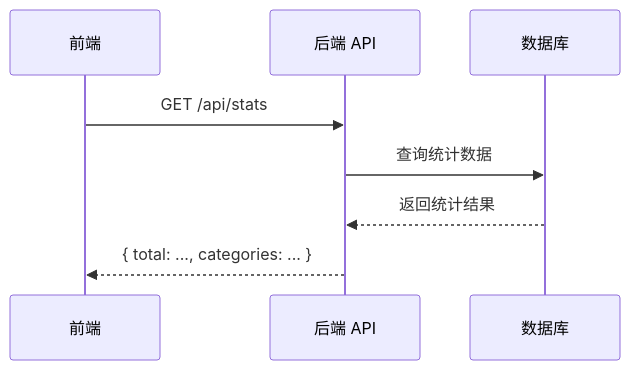
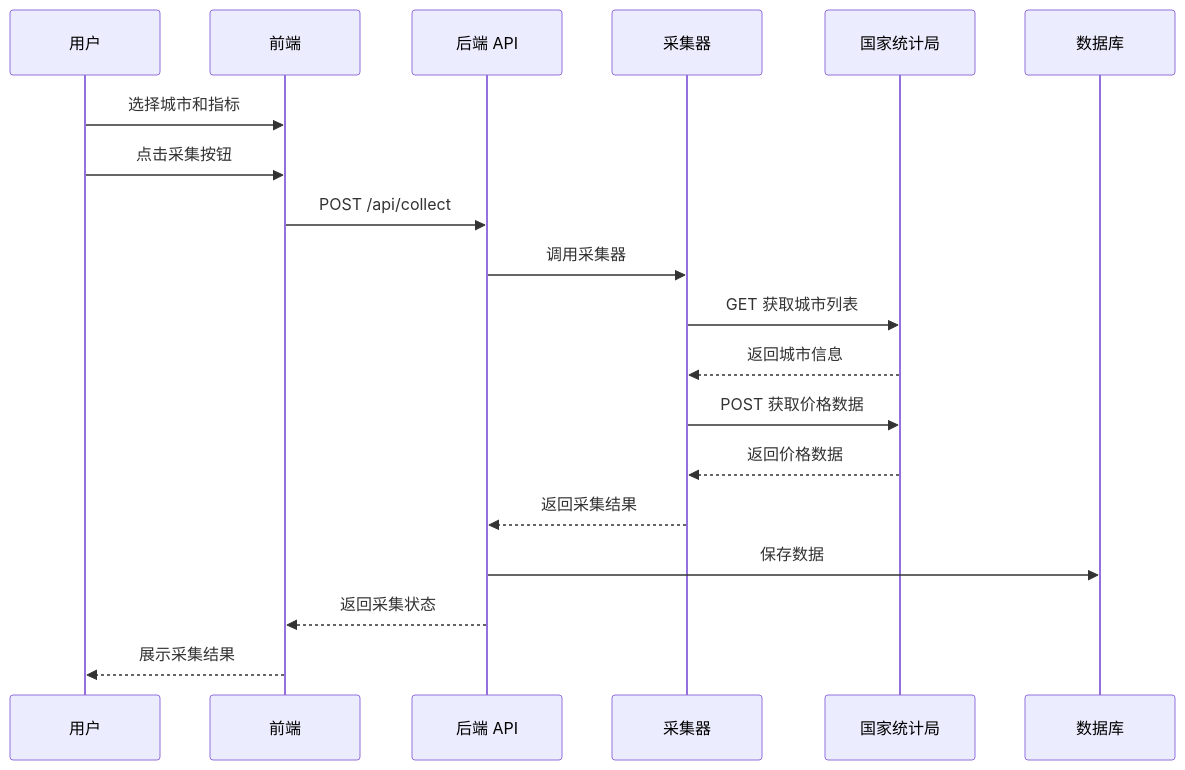
The second of 3 diagrams in doc/design/api-overview.md (hhyouyou/eaves), drawn with Mermaid before and after one commit. The commit also changed other lines of this file, not shown here.

````diff
--- a/doc/design/api-overview.md
+++ b/doc/design/api-overview.md
@@ -49,11 +155,22 @@
 ```mermaid
 sequenceDiagram
+    participant U as 用户
     participant F as 前端
     participant API as 后端 API
+    participant COL as 采集器
+    participant STATS as 国家统计局
     participant DB as 数据库
 
-    F->>API: GET /api/stats
-    API->>DB: 查询统计数据
-    DB-->>API: 返回统计结果
-    API-->>F: { total: ..., categories: ... }
+    U->>F: 选择城市和指标
+    U->>F: 点击采集按钮
+    F->>API: POST /api/collect
+    API->>COL: 调用采集器
+    COL->>STATS: GET 获取城市列表
+    STATS-->>COL: 返回城市信息
+    COL->>STATS: POST 获取价格数据
+    STATS-->>COL: 返回价格数据
+    COL-->>API: 返回采集结果
+    API->>DB: 保存数据
+    API-->>F: 返回采集状态
+    F-->>U: 展示采集结果
 ```
````
